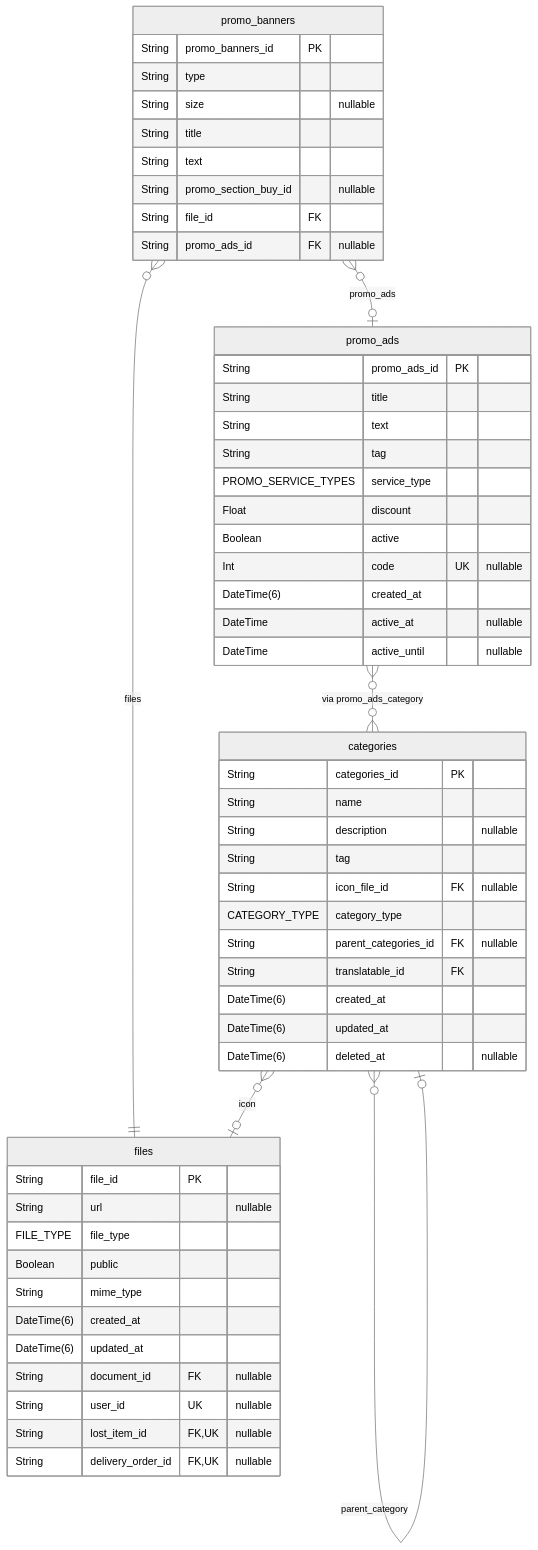
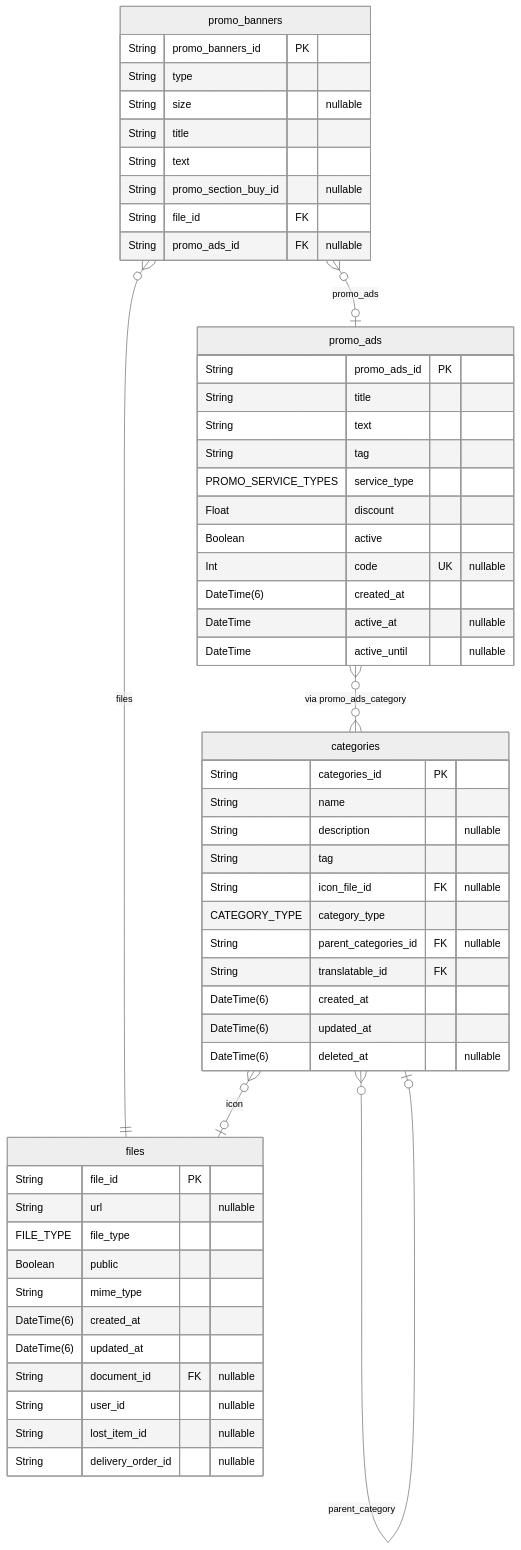
One commit to pbozic/be-analyisis changed diagram 14 of 40 in prisma/schemas/ERD.md. Above: the diagram before and after it, drawn with Mermaid (neutral theme). The commit also changed other lines of this file and 4 other files, not shown here.

````diff
--- a/prisma/schemas/ERD.md
+++ b/prisma/schemas/ERD.md
@@ -2199,57 +2438,57 @@
 ```mermaid
 erDiagram
 "promo_banners" {
   String promo_banners_id PK
   String type
   String size "nullable"
   String title
   String text
   String promo_section_buy_id "nullable"
   String file_id FK
   String promo_ads_id FK "nullable"
 }
 "promo_ads" {
   String promo_ads_id PK
   String title
   String text
   String tag
   PROMO_SERVICE_TYPES service_type
   Float discount
   Boolean active
   Int code UK "nullable"
   DateTime(6) created_at
   DateTime active_at "nullable"
   DateTime active_until "nullable"
 }
 "files" {
   String file_id PK
   String url "nullable"
   FILE_TYPE file_type
   Boolean public
   String mime_type
   DateTime(6) created_at
   DateTime(6) updated_at
   String document_id FK "nullable"
-  String user_id UK "nullable"
-  String lost_item_id FK,UK "nullable"
-  String delivery_order_id FK,UK "nullable"
+  String user_id "nullable"
+  String lost_item_id "nullable"
+  String delivery_order_id "nullable"
 }
 "categories" {
   String categories_id PK
   String name
   String description "nullable"
   String tag
   String icon_file_id FK "nullable"
   CATEGORY_TYPE category_type
   String parent_categories_id FK "nullable"
   String translatable_id FK
   DateTime(6) created_at
   DateTime(6) updated_at
   DateTime(6) deleted_at "nullable"
 }
 "promo_banners" }o--|| "files" : files
 "promo_banners" }o--o| "promo_ads" : promo_ads
 "categories" }o--o| "files" : icon
 "categories" }o--o| "categories" : parent_category
 "promo_ads" }o--o{ "categories" : "via promo_ads_category"
 ```
````
